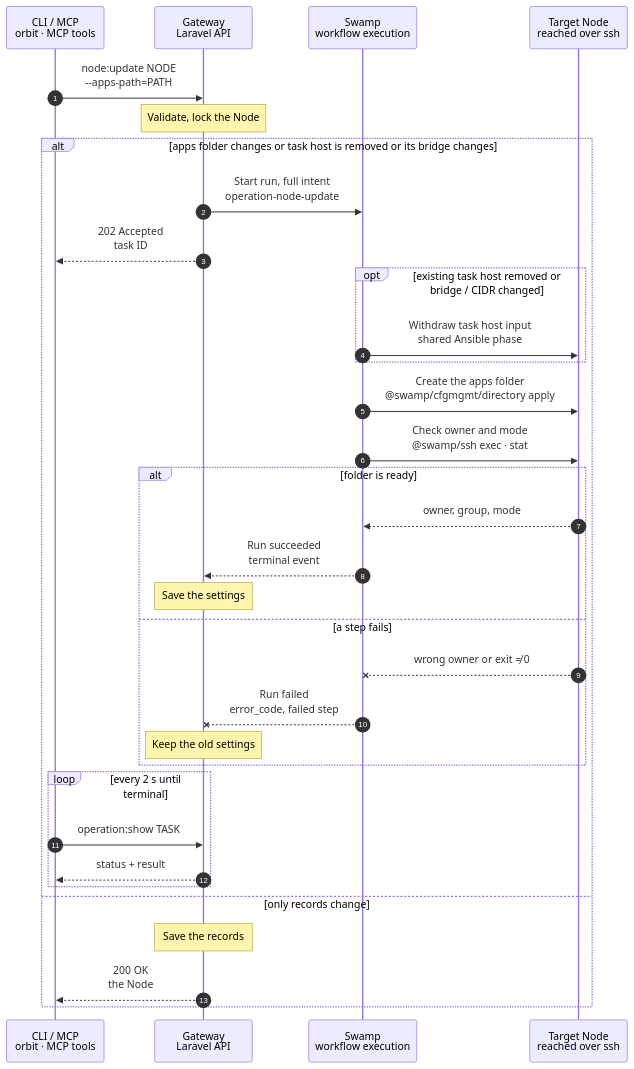
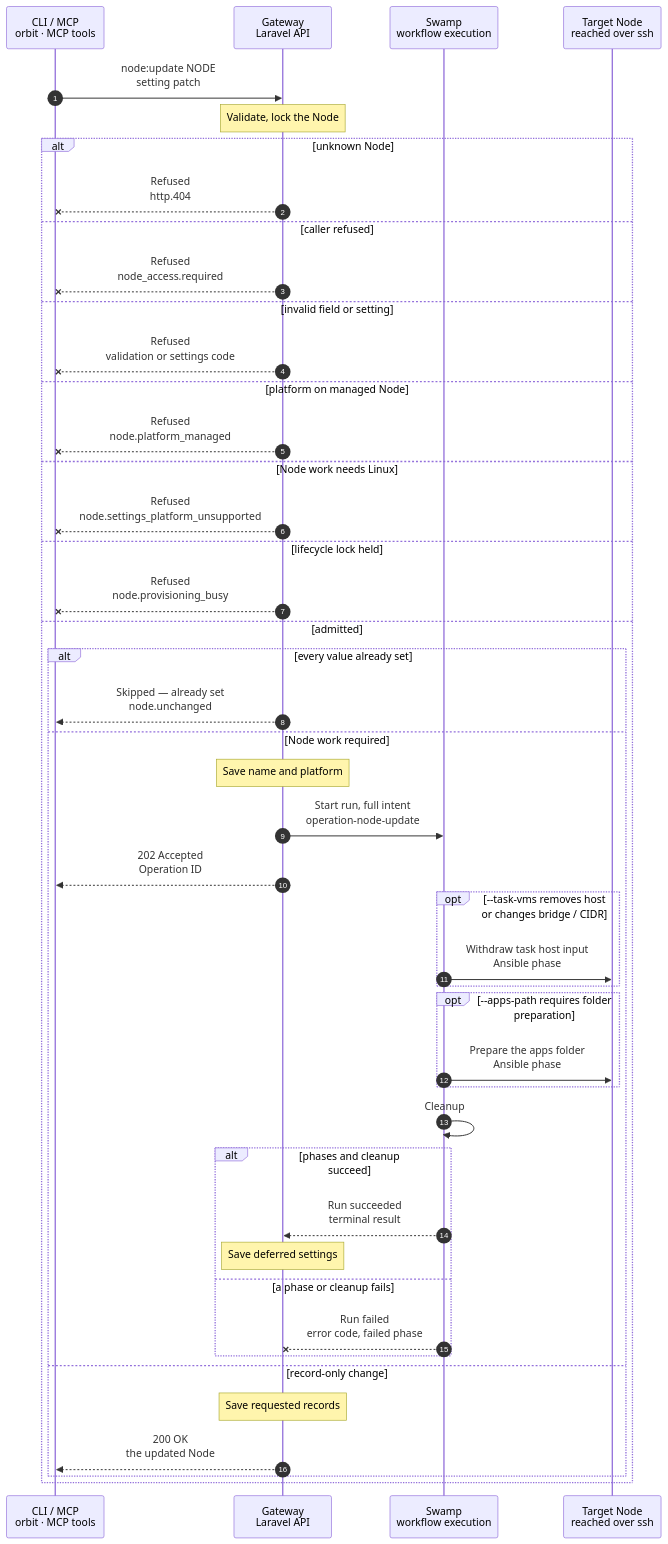
The diagram in docs/cli/node/update.mmd (hardimpactdev/orbit), drawn with Mermaid before and after one commit. The commit also changed 2 other files, not shown here.

Commit message:
docs(node): spec for node:update

```diff
--- a/docs/cli/node/update.mmd
+++ b/docs/cli/node/update.mmd
@@ -1,97 +1,123 @@
 sequenceDiagram
   %% Target design: ADR 0244 task, task-host input withdrawal and apps.path are Node work, one node:update. docs/reference/node-settings.md.
-  %% status: reviewed
+  %% status: draft
   %% command: node:update
   %% kind: node.update
   autonumber
   %% lane CLI icon=terminal pill=caller tone=gray
   %% lane GW icon=gateway pill=intent tone=blue
   %% lane SW icon=workflow pill=executes tone=green
   %% lane N icon=server pill=target tone=amber
   participant CLI as CLI / MCP<br/>orbit · MCP tools
   participant GW as Gateway<br/>Laravel API
   participant SW as Swamp<br/>workflow execution
   participant N as Target Node<br/>reached over ssh
-  CLI->>GW: node:update NODE<br/>--apps-path=PATH
+  CLI->>GW: node:update NODE<br/>setting patch
   %%> Command:
-  %%> - `orbit node:update NODE --apps-path=PATH`
-  %%> - syntax: `<node> [--name=NAME] [--platform=PLATFORM] [--apps-path=PATH] [--task-vms=JSON] [--json]`
-  %%> Input:
-  %%> - the Node, and at least one setting to change
-  %%> - an apps-folder change or withdrawal of existing task-host input rules needs Node work; other changes are records
-  %%> - an empty value unsets a setting: `--apps-path=` unsets the folder, `--task-vms=null` removes the task VM host settings
-  %%> Who can call it:
-  %%> - the `orbit` CLI and the MCP tool send the same request
+  %%> - `orbit node:update NODE` with at least one supported field option
+  %%> - syntax: `<node> [--name=NAME] [--platform=PLATFORM] [--apps-path=PATH] [--task-vms=JSON] [--idempotency-key=KEY] [--json]`
   Note over GW: Validate, lock the Node
   %%> Requirements:
-  %%> - the calling Node has an access grant to the target Node
-  %%> - `task_vms.task_places` and `task_vms.ci_places` are separate VM counts from 0 to 64; one live VM holds one place until deletion is confirmed
-  %%> - lowering either count removes no claim; task work and operator proofs share FIFO task admission, while authenticated CI proofs and base refresh use CI places
-  %%> - every value passes the checks that the Node settings reference lists; a failed check changes nothing
-  %%> - no other lifecycle change runs for the target; the Gateway holds the Node's name lock, and the new name's lock for a rename
-  %%> Decides:
-  %%> - whether the apps folder changes and needs Node work, so a run starts
-  alt apps folder changes or task host is removed or its bridge changes
-    GW->>SW: Start run, full intent<br/>operation-node-update
-    %%> Inputs:
-    %%> - the new apps folder, and the managed user and group that must own it
-    %%> - the target's address and SSH host keys; the SSH identity comes from the `swamp` role
-    %%> Not stored yet:
-    %%> - the settings stay unchanged until the run succeeds; a new name or platform in the same request is saved at once
-    %%> Unsetting on a Node with an active `app-dev` role:
-    %%> - prepares the default folder, `<managed-user-home>/apps`
-    GW-->>CLI: 202 Accepted<br/>task ID
-    %%> What you get:
-    %%> - the task ID, at once
-    %%> Next:
-    %%> - the CLI follows the task with `operation:show`
-    opt existing task host removed or bridge / CIDR changed
-      SW->>N: Withdraw task host input<br/>shared Ansible phase
+  %%> - access follows the [shared Node authority rule](/cli/node#authority)
+  %%> - validate the complete patch against [Node settings](/reference/node-settings#validation) before changing records
+  %%> - use the existing lifecycle locks for the current name and, on rename, the new name; use existing worker renewal and firewall ownership rules
+  alt unknown Node
+    %% path: unknown-node
+    GW--xCLI: Refused<br/>http.404
+    %%> Result:
+    %%> - no Operation or state change
+  else caller refused
+    %% path: caller-refused
+    GW--xCLI: Refused<br/>node_access.required
+    %%> Result:
+    %%> - no Operation or state change
+  else invalid field or setting
+    %% path: validation-refused
+    GW--xCLI: Refused<br/>validation or settings code
+    %%> Result:
+    %%> - no Operation or state change; the owning validation table supplies the code
+  else platform on managed Node
+    %% path: managed-platform
+    GW--xCLI: Refused<br/>node.platform_managed
+    %%> Requirements:
+    %%> - a platform edit requires no pinned SSH host fingerprint and no role
+    %%> Result:
+    %%> - no Operation or state change
+  else Node work needs Linux
+    %% path: unsupported-platform
+    GW--xCLI: Refused<br/>node.settings_platform_unsupported
+    %%> Result:
+    %%> - no Operation or state change; record-only edits do not require Linux
+  else lifecycle lock held
+    %% path: lifecycle-busy
+    GW--xCLI: Refused<br/>node.provisioning_busy
+    %%> Result:
+    %%> - no new Operation or state change
+  else admitted
+    %% path: admitted
+    alt every value already set
+      %% path: already-set
+      GW-->>CLI: Skipped — already set<br/>node.unchanged
+      %%> Result:
+      %%> - no write, Operation, run or Node contact
+    else Node work required
+      %% path: node-work
+      Note over GW: Save name and platform
+      %%> Result:
+      %%> - requested record fields commit now; requested apps and task-host settings wait for successful execution
+      GW->>SW: Start run, full intent<br/>operation-node-update
+      %%> Inputs:
+      %%> - the admitted patch, effective folder and managed owner, target address and pinned host keys, and catalog-owned task-host comments
+      %%> - secret references only; execution identity follows the shared Swamp contract
+      GW-->>CLI: 202 Accepted<br/>Operation ID
+      %%> Result:
+      %%> - one Operation follows one Swamp run
+      %%> - clients use the shared [Operation polling contract](/reference/operations#follow-an-operation-by-polling)
+      opt --task-vms removes host or changes bridge / CIDR
+        %% path: withdraw-input
+        SW->>N: Withdraw task host input<br/>Ansible phase
+        %%> What it does:
+        %%> - removes only rows with `orbit:task-vms-dhcp`, `orbit:task-vms-dns-tcp` or `orbit:task-vms-dns-udp` comments, including duplicates and IPv6 rows
+        %%> - rereads the firewall and asserts those comments are absent; other rules stay untouched
+      end
+      opt --apps-path requires folder preparation
+        %% path: prepare-folder
+        SW->>N: Prepare the apps folder<br/>Ansible phase
+        %%> What it does:
+        %%> - reads, creates missing parents and the folder, and checks a real folder with the managed user and group and mode `0755`, in one phase
+        %%> - changes only the folder itself, not its contents; existing Instances never move
+        %%> Default:
+        %%> - an unset path prepares `<managed-user-home>/apps` only with active `app-dev`; otherwise unsetting needs no folder
+        %%> Order:
+        %%> - depends on successful withdrawal when both phases are needed; no folder work follows failed withdrawal
+      end
+      SW->>SW: Cleanup
       %%> What it does:
-      %%> - removes only rules with the three catalog-owned task-host input comments, including duplicates and IPv6 rows
-      %%> - reads the firewall again and asserts none remain; failure keeps the stored settings
+      %%> - removes run-owned temporary input and credentials after phases and dependent cleanup have stopped, on success and failure
+      %%> - preserves the original failure and reports incomplete cleanup; no folder or firewall rollback
+      alt phases and cleanup succeed
+        %% path: succeeded
+        SW-->>GW: Run succeeded<br/>terminal result
+        %%> Result:
+        %%> - the shared run reader delivers the result; no step calls back to the Gateway
+        Note over GW: Save deferred settings
+        %%> Result:
+        %%> - save only requested settings members, preserving unrelated stored members
+      else a phase or cleanup fails
+        %% path: phase-failed
+        SW--xGW: Run failed<br/>error code, failed phase
+        %%> Result:
+        %%> - old deferred settings remain; already committed name or platform remains
+        %%> - completed harmless folder work and any withdrawn rules remain; no all-fields rollback
+        %%> Retry:
+        %%> - after fixing the cause, the same command starts a fresh attempt; remaining work completes safely
+      end
+    else record-only change
+      %% path: record-save
+      Note over GW: Save requested records
+      %%> Result:
+      %%> - commit name, platform and settings at once without an Operation, run or Node contact
+      %%> - task and CI place counts remain separate; lowering counts removes no live VM claim
+      GW-->>CLI: 200 OK<br/>the updated Node
     end
-    SW->>N: Create the apps folder<br/>@swamp/cfgmgmt/directory apply
-    %%> What it does:
-    %%> - only when an apps-folder change needs preparation: creates the folder and any missing folders above it
-    %%> - gives it the managed user and group and mode `0755`
-    %%> Not included:
-    %%> - existing Instances don't move; new development Instances use the new folder
-    SW->>N: Check owner and mode<br/>@swamp/ssh exec · stat
-    %%> Why:
-    %%> - it is the one end check: a real folder of the managed user and group, mode 0755
-    alt folder is ready
-      N-->>SW: owner, group, mode
-      SW-->>GW: Run succeeded<br/>terminal event
-      %%> How the Gateway learns it:
-      %%> - its shared run reader sees the terminal event; Swamp never calls the Gateway
-      Note over GW: Save the settings
-      %%> Result:
-      %%> - the apps folder is set, and any task VM host change in the same request is saved with it
-      %%> - the task succeeds
-    else a step fails
-      N--xSW: wrong owner or exit ≠ 0
-      %%> When:
-      %%> - the folder can't be created, a file is in the way, or the check doesn't match
-      SW--xGW: Run failed<br/>error_code, failed step
-      Note over GW: Keep the old settings
-      %%> Result:
-      %%> - the settings stay unchanged and the task fails
-      %%> On the Node:
-      %%> - folders created before the failure stay; an empty folder is harmless and there is no rollback
-      %%> Retry:
-      %%> - run the same command again after fixing the cause; it is a new task
-    end
-    loop every 2 s until terminal
-      CLI->>GW: operation:show TASK
-      GW-->>CLI: status + result
-    end
-  else only records change
-    Note over GW: Save the records
-    %%> What it does:
-    %%> - saves the name, platform or task VM host settings at once when no apps preparation or task-host input withdrawal is needed; no Node is contacted
-    %%> Skipped:
-    %%> - when every value equals the stored one, nothing is written and the result reports `Skipped — already set (node.unchanged)`
-    %%> - the skip reason is part of the successful result in human and machine output, not an error
-    GW-->>CLI: 200 OK<br/>the Node
   end
```
